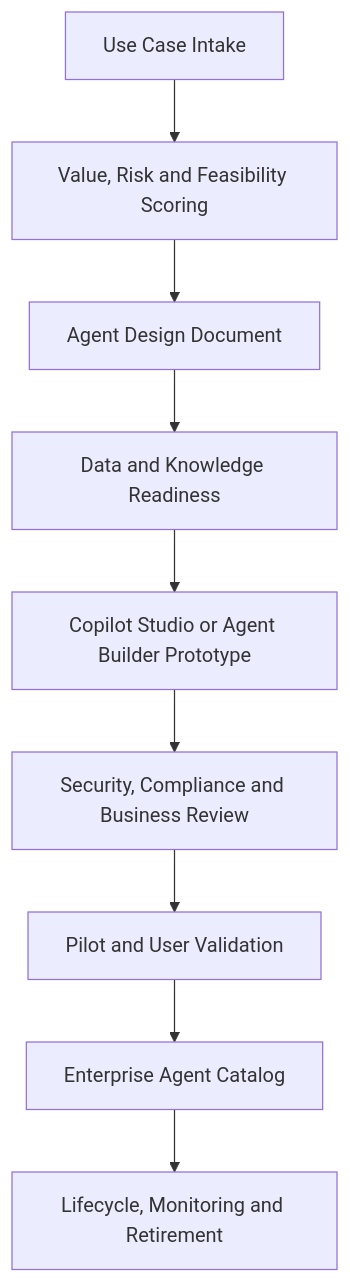
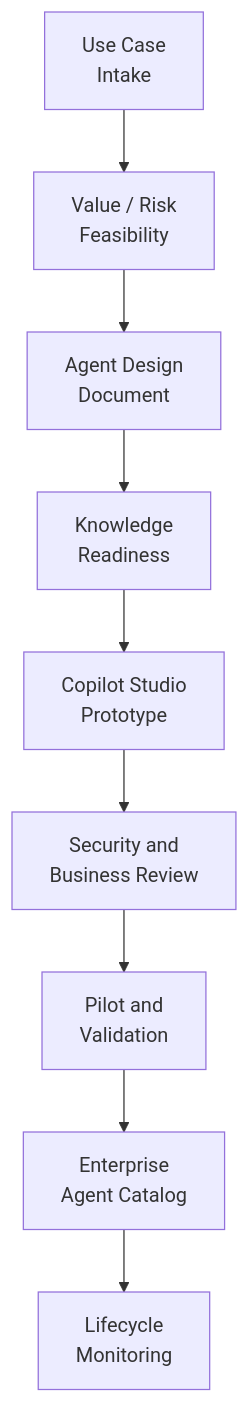
The diagram in docs/projects/case-study-enterprise-ai-agent-factory.md (Eric841001/Eric841001.github.io), drawn with Mermaid before and after one commit. The commit also changed 5 other files, not shown here.

Commit message:
Fix Mermaid diagram text clipping

````diff
--- a/docs/projects/case-study-enterprise-ai-agent-factory.md
+++ b/docs/projects/case-study-enterprise-ai-agent-factory.md
@@ -48,21 +48,21 @@
 ```mermaid
 flowchart TB
-  Intake[Use Case Intake]
-  Prioritize[Value, Risk and Feasibility Scoring]
-  Design[Agent Design Document]
-  Data[Data and Knowledge Readiness]
-  Build[Copilot Studio or Agent Builder Prototype]
-  Review[Security, Compliance and Business Review]
-  Pilot[Pilot and User Validation]
-  Catalog[Enterprise Agent Catalog]
-  Operate[Lifecycle, Monitoring and Retirement]
+  Intake["Use Case<br/>Intake"]
+  Prioritize["Value / Risk<br/>Feasibility"]
+  Design["Agent Design<br/>Document"]
+  Data["Knowledge<br/>Readiness"]
+  Build["Copilot Studio<br/>Prototype"]
+  Review["Security and<br/>Business Review"]
+  Pilot["Pilot and<br/>Validation"]
+  Catalog["Enterprise<br/>Agent Catalog"]
+  Operate["Lifecycle<br/>Monitoring"]
 
   Intake --> Prioritize
   Prioritize --> Design
   Design --> Data
   Data --> Build
   Build --> Review
   Review --> Pilot
   Pilot --> Catalog
   Catalog --> Operate
 ```
````
